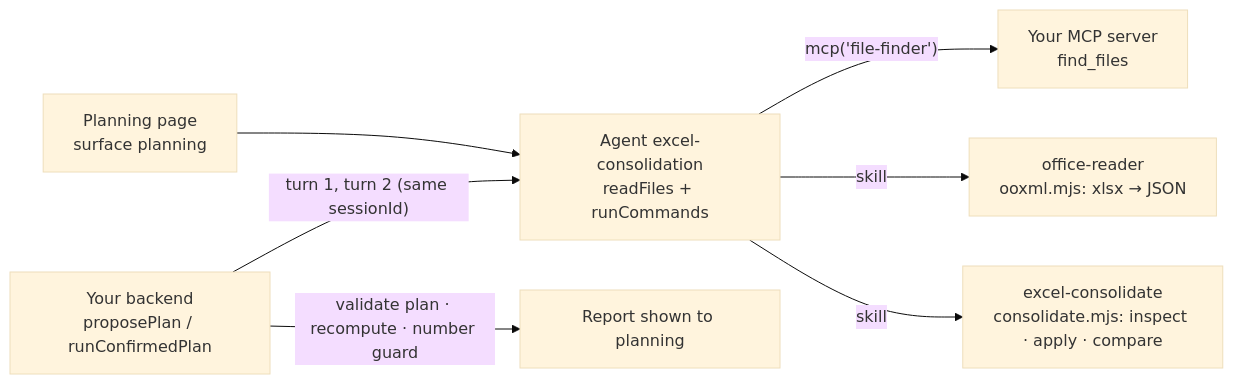
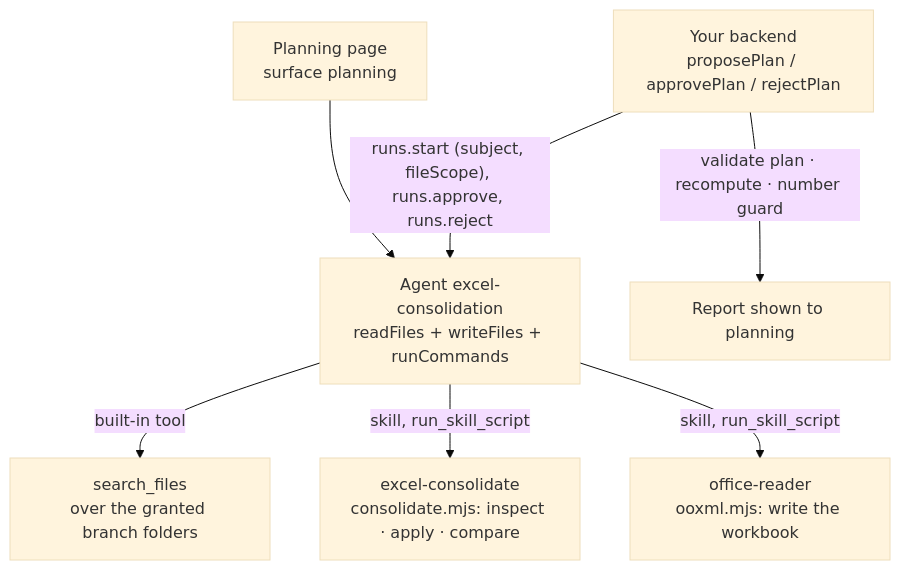
One commit to indxjp/agent-workspace changed the second of 2 diagrams in docs/sdk/site/tutorials/excel-consolidation.mdx. Above: the diagram before and after it, drawn with Mermaid (base theme). The commit also changed other lines of this file and 2629 other files, not shown here.

````diff
--- a/docs/sdk/site/tutorials/excel-consolidation.mdx
+++ b/docs/sdk/site/tutorials/excel-consolidation.mdx
@@ -51,9 +59,9 @@
 ```mermaid
-flowchart LR
-  U["Planning page<br/>surface planning"] --> A["Agent excel-consolidation<br/>readFiles + runCommands"]
-  B["Your backend<br/>proposePlan / runConfirmedPlan"] -- "turn 1, turn 2 (same sessionId)" --> A
-  A -- "mcp('file-finder')" --> F["Your MCP server<br/>find_files"]
-  A -- "skill" --> O["office-reader<br/>ooxml.mjs: xlsx → JSON"]
-  A -- "skill" --> C["excel-consolidate<br/>consolidate.mjs: inspect · apply · compare"]
+flowchart TD
+  U["Planning page<br/>surface planning"] --> A["Agent excel-consolidation<br/>readFiles + writeFiles + runCommands"]
+  B["Your backend<br/>proposePlan / approvePlan / rejectPlan"] -- "runs.start (subject, fileScope), runs.approve, runs.reject" --> A
+  A -- "built-in tool" --> F["search_files<br/>over the granted branch folders"]
+  A -- "skill, run_skill_script" --> C["excel-consolidate<br/>consolidate.mjs: inspect · apply · compare"]
+  A -- "skill, run_skill_script" --> O["office-reader<br/>ooxml.mjs: write the workbook"]
   B -- "validate plan · recompute · number guard" --> R["Report shown to planning"]
 ```
````
